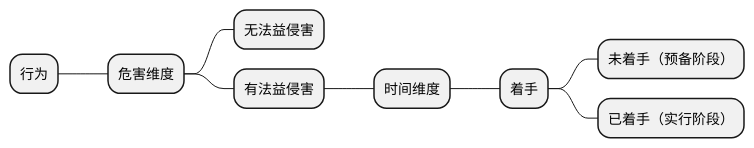
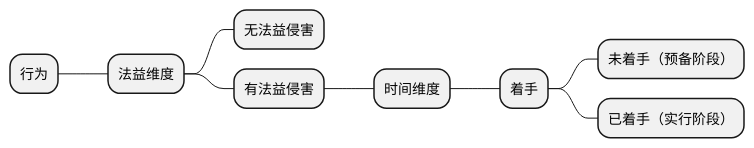
The first of 3 diagrams in _law/criminal/general/刑法-10-犯罪论-犯罪形态.md (lsieun/lsieun.github.io), drawn with PlantUML before and after one commit. The commit also changed other lines of this file and 81 other files, not shown here.

````diff
--- a/_law/criminal/general/刑法-10-犯罪论-犯罪形态.md
+++ b/_law/criminal/general/刑法-10-犯罪论-犯罪形态.md
@@ -77,14 +22,14 @@
 ```plantuml
 @startmindmap
 
 * 行为
-    * 危害维度
+    * 法益维度
         * 无法益侵害
         * 有法益侵害
             * 时间维度
                 * 着手
                     * 未着手（预备阶段）
                     * 已着手（实行阶段）
 
 @endmindmap
 ```
````
